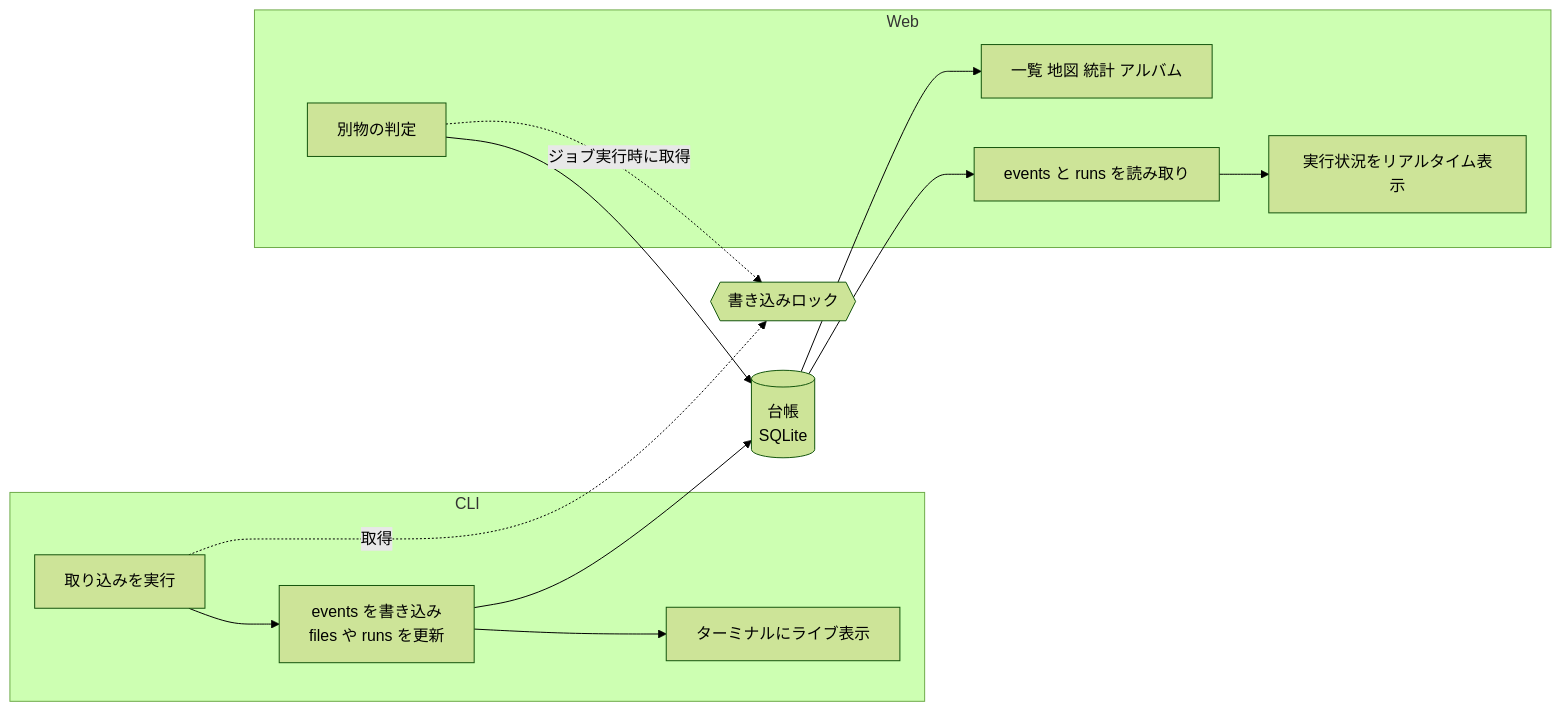
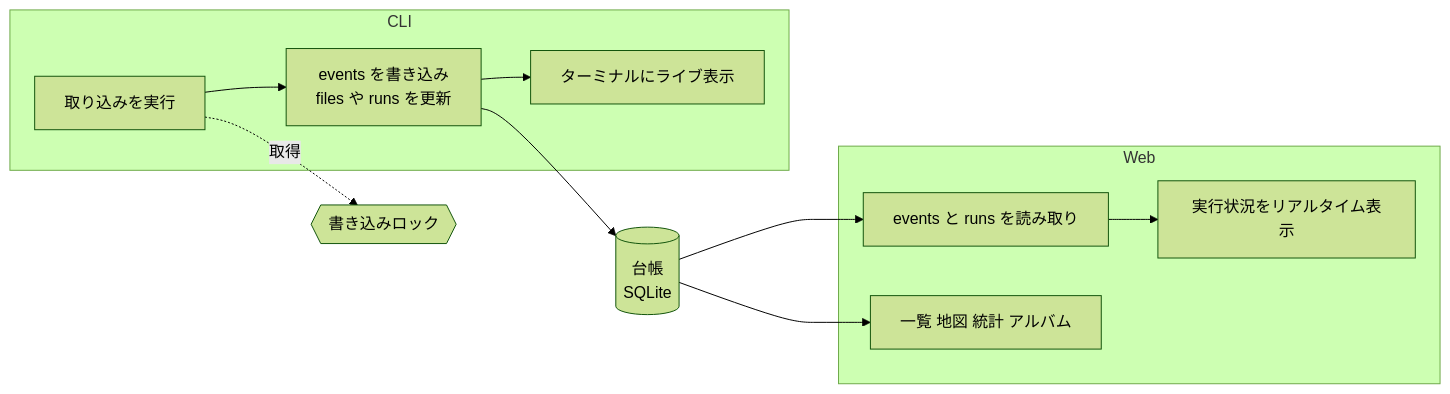
Before and after one commit to raiton-boo/media-seiri: the sixth of 7 diagrams in docs/flows.md, drawn with Mermaid (forest theme). The commit also changed other lines of this file and 4 other files, not shown here.

Commit message:
docs: 決定事項を要件・仕様書・ER図・処理フローに反映

````diff
--- a/docs/flows.md
+++ b/docs/flows.md
@@ -218,20 +179,17 @@
 ```mermaid
 flowchart LR
     subgraph CLIside["CLI"]
         C1["取り込みを実行"] --> C2["events を書き込み<br/>files や runs を更新"]
         C2 --> C3["ターミナルにライブ表示"]
     end
     DB[("台帳<br/>SQLite")]
     subgraph Webside["Web"]
         W1["events と runs を読み取り"] --> W2["実行状況をリアルタイム表示"]
         W3["一覧 地図 統計 アルバム"]
-        W4["別物の判定"]
     end
     C2 --> DB
     DB --> W1
     DB --> W3
-    W4 --> DB
     LOCK{{"書き込みロック"}}
     C1 -.取得.-> LOCK
-    W4 -.ジョブ実行時に取得.-> LOCK
 ```
````
